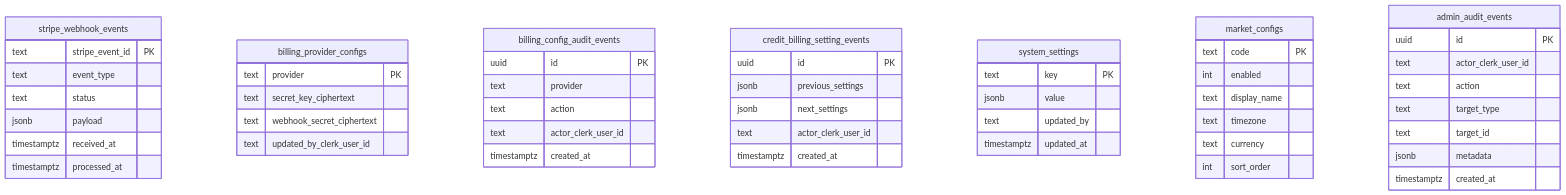
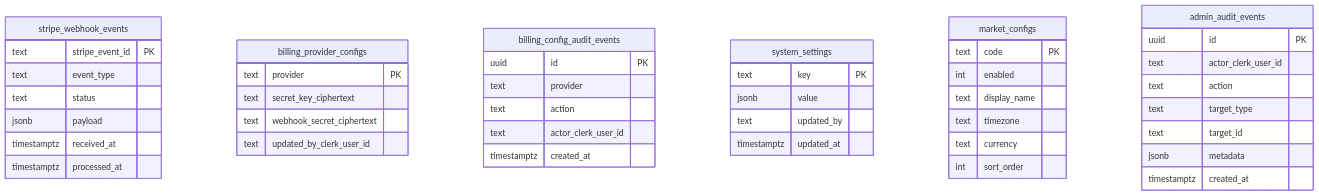
Before and after one commit to hypier/tradingagents-report: the seventh of 8 diagrams in tg-web/docs/DATABASE_DICTIONARY.md, drawn with Mermaid. The commit also changed other lines of this file and 54 other files, not shown here.

First line of the commit message:
feat(tg-core, tg-web): enhance analysis job schema and billing integration

````diff
--- a/tg-web/docs/DATABASE_DICTIONARY.md
+++ b/tg-web/docs/DATABASE_DICTIONARY.md
@@ -250,60 +233,52 @@
 ```mermaid
 erDiagram
     stripe_webhook_events {
         text stripe_event_id PK
         text event_type
         text status
         jsonb payload
         timestamptz received_at
         timestamptz processed_at
     }
 
     billing_provider_configs {
         text provider PK
         text secret_key_ciphertext
         text webhook_secret_ciphertext
         text updated_by_clerk_user_id
     }
 
     billing_config_audit_events {
         uuid id PK
         text provider
         text action
-        text actor_clerk_user_id
-        timestamptz created_at
-    }
-
-    credit_billing_setting_events {
-        uuid id PK
-        jsonb previous_settings
-        jsonb next_settings
         text actor_clerk_user_id
         timestamptz created_at
     }
 
     system_settings {
         text key PK
         jsonb value
         text updated_by
         timestamptz updated_at
     }
 
     market_configs {
         text code PK
         int enabled
         text display_name
         text timezone
         text currency
         int sort_order
     }
 
     admin_audit_events {
         uuid id PK
         text actor_clerk_user_id
         text action
         text target_type
         text target_id
         jsonb metadata
         timestamptz created_at
     }
 ```
````
